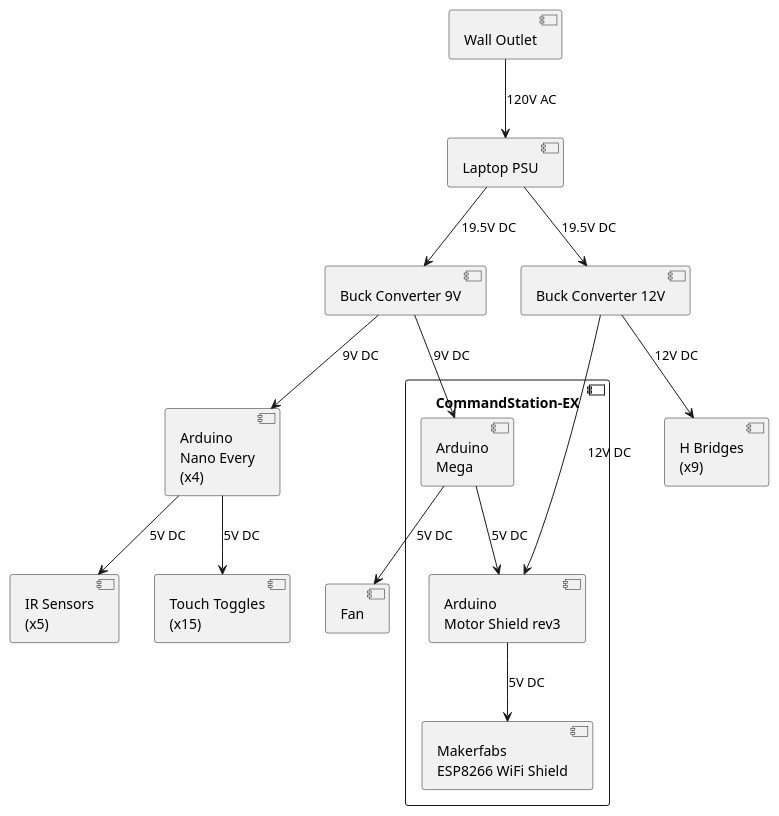
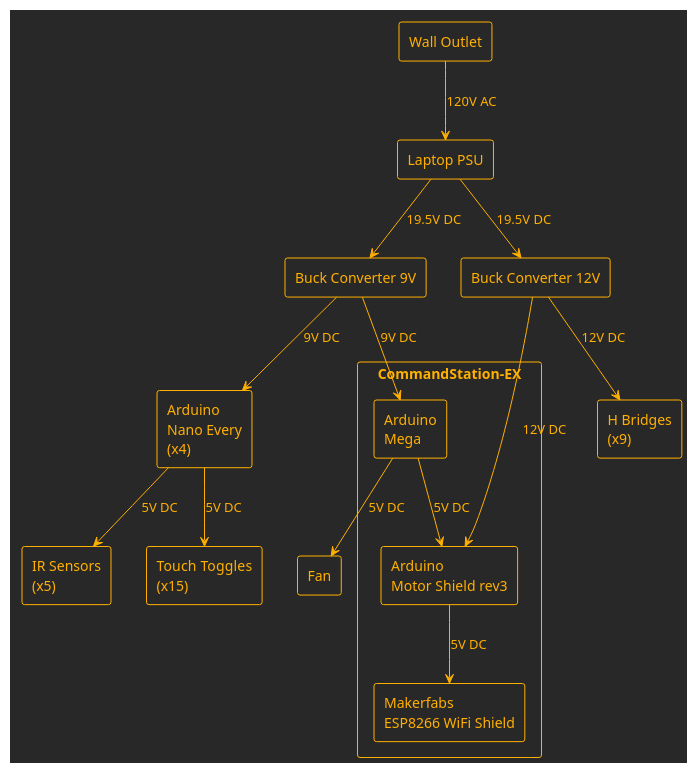
The diagram in docs/POWER.puml (kmltechio/lumber_district), drawn with PlantUML before and after one commit. The commit also changed 3 other files, not shown here.

```diff
--- a/docs/POWER.puml
+++ b/docs/POWER.puml
@@ -1,35 +1,38 @@
 @startuml Power Distribution
+
+!theme crt-amber
+skinparam componentStyle rectangle
 
 component [Wall Outlet] as wall
 component [Laptop PSU] as psu
 component [Buck Converter 9V] as buck9
 component [Buck Converter 12V] as buck12
 component "CommandStation-EX" {
     component [Arduino\nMega] as mega
     component [Arduino\nMotor Shield rev3] as motor
     component [Makerfabs\nESP8266 WiFi Shield] as wifi
 }
 component [Arduino\nNano Every\n(x4)] as nano
 component [IR Sensors\n(x5)] as ir
 component [H Bridges\n(x9)] as h_bridges
 component [Touch Toggles\n(x15)] as touch
 component [Fan] as fan
 
 wall --> psu : 120V AC
 psu --> buck9 : 19.5V DC
 psu --> buck12 : 19.5V DC
 
 buck12 --> h_bridges : 12V DC
 buck12 ---> motor : 12V DC
 
 buck9 --> mega : 9V DC
 buck9 --> nano : 9V DC
 
 mega --> motor : 5V DC
 motor --> wifi : 5V DC
 mega --> fan : 5V DC
 
 nano --> ir : 5V DC
 nano --> touch : 5V DC
 
 @enduml
```
